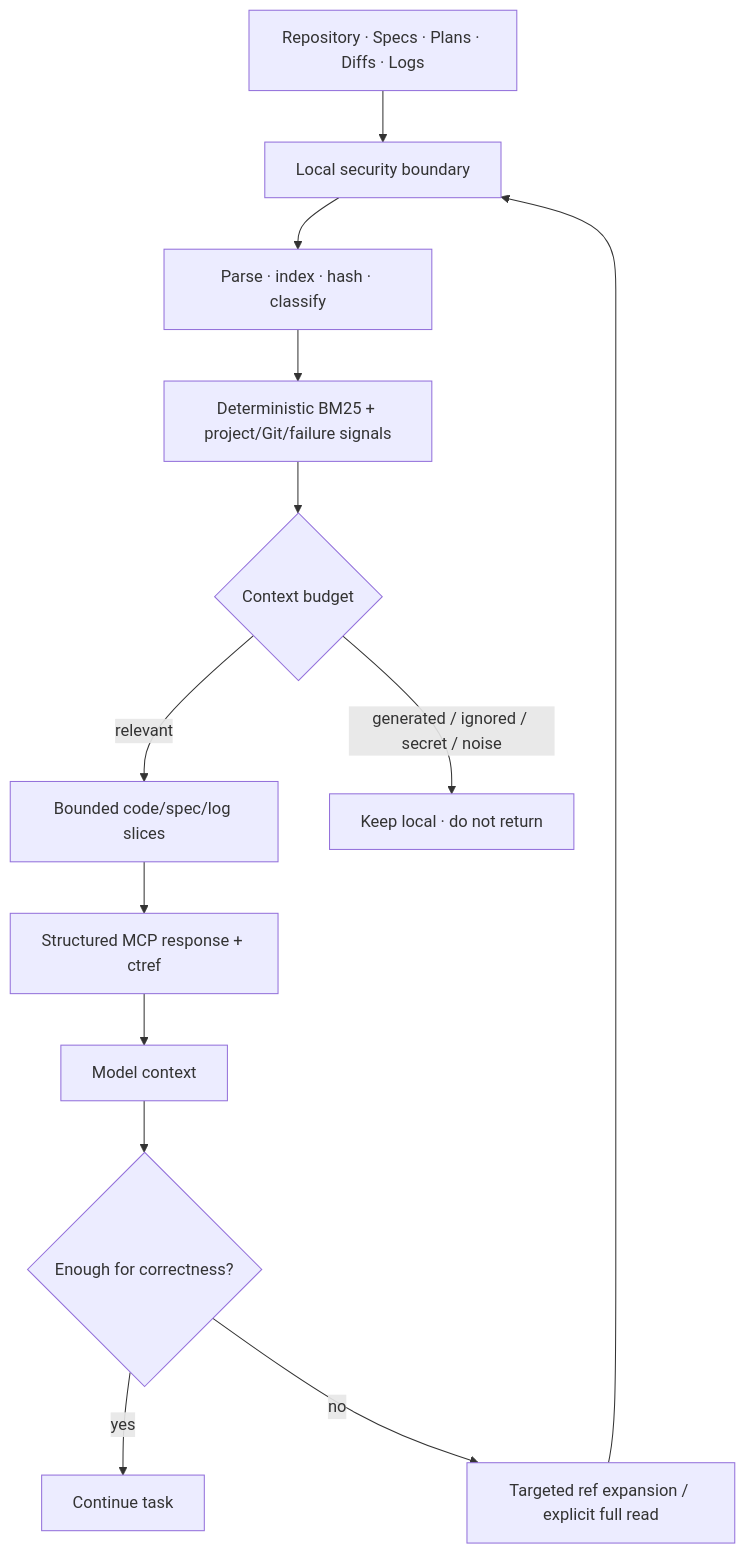
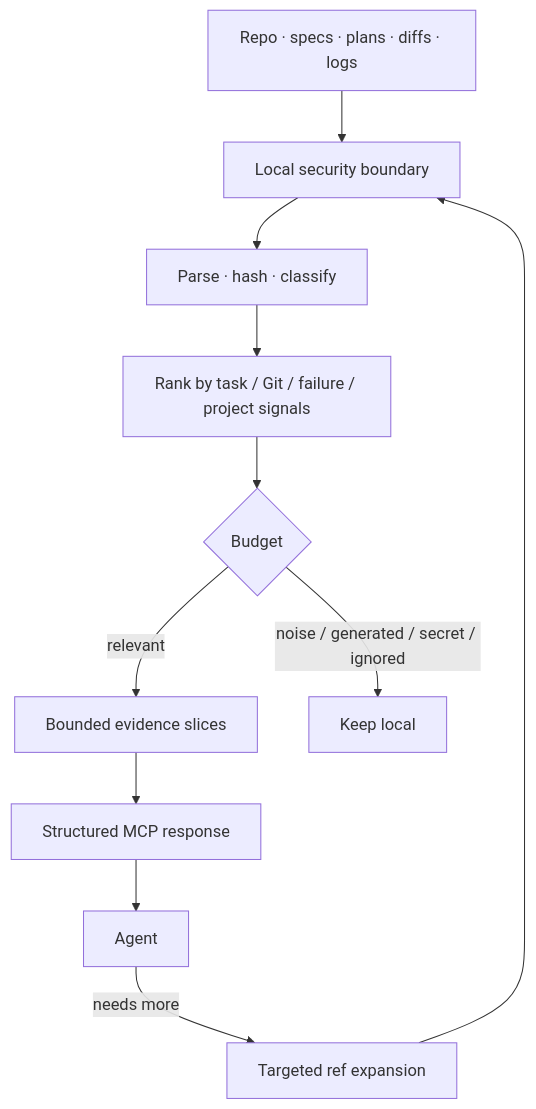
Before and after one commit to ProfRandom92/comptext-conductor-max: the second of 3 diagrams in README.md, drawn with Mermaid. The commit also changed other lines of this file, not shown here.

````diff
--- a/README.md
+++ b/README.md
@@ -73,15 +118,13 @@
 ```mermaid
 flowchart TD
-    RAW["Repository · Specs · Plans · Diffs · Logs"] --> SEC["Local security boundary"]
-    SEC --> IDX["Parse · index · hash · classify"]
-    IDX --> RANK["Deterministic BM25 + project/Git/failure signals"]
-    RANK --> BUDGET{"Context budget"}
-    BUDGET -->|relevant| SLICE["Bounded code/spec/log slices"]
-    BUDGET -->|generated / ignored / secret / noise| OMIT["Keep local · do not return"]
-    SLICE --> MCP["Structured MCP response + ctref"]
-    MCP --> LLM["Model context"]
-    LLM --> NEED{"Enough for correctness?"}
-    NEED -->|yes| WORK["Continue task"]
-    NEED -->|no| TARGET["Targeted ref expansion / explicit full read"]
+    RAW["Repo · specs · plans · diffs · logs"] --> SEC["Local security boundary"]
+    SEC --> PARSE["Parse · hash · classify"]
+    PARSE --> SCORE["Rank by task / Git / failure / project signals"]
+    SCORE --> LIMIT{"Budget"}
+    LIMIT -->|relevant| SLICE["Bounded evidence slices"]
+    LIMIT -->|noise / generated / secret / ignored| LOCAL["Keep local"]
+    SLICE --> MCP["Structured MCP response"]
+    MCP --> AGENT["Agent"]
+    AGENT -->|needs more| TARGET["Targeted ref expansion"]
     TARGET --> SEC
 ```
````
